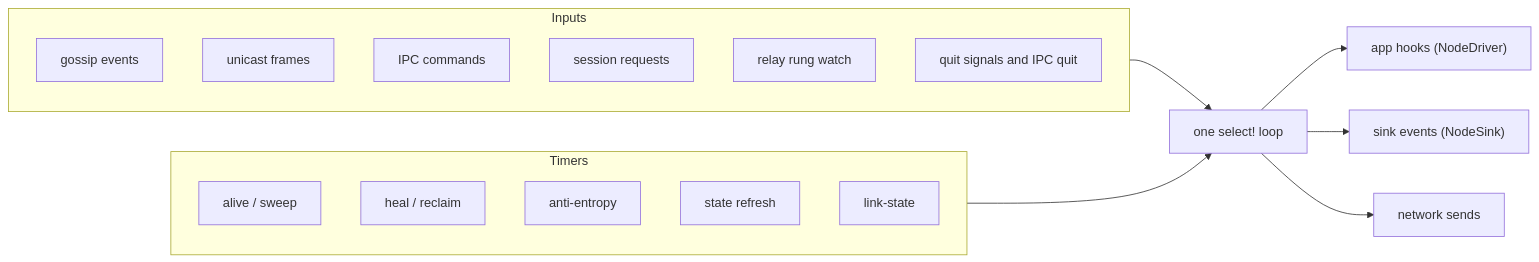
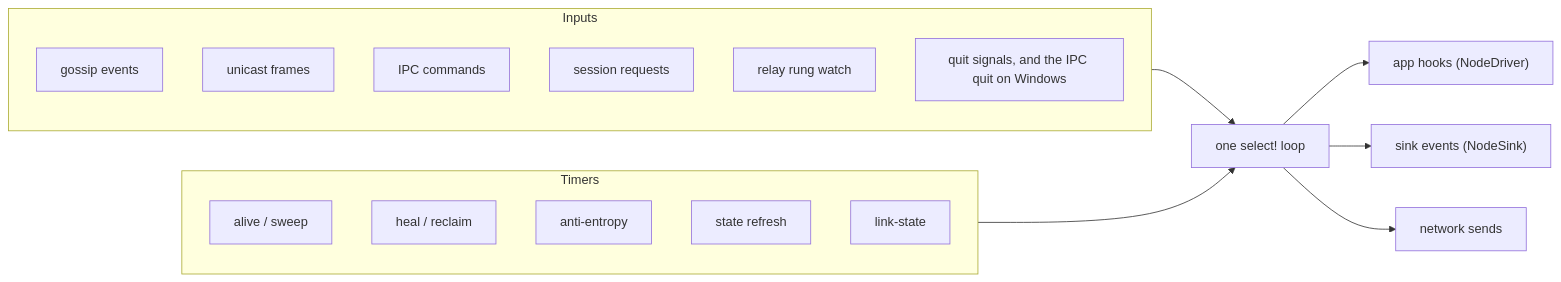
One commit to agent-habilis/habilis-network changed the fifth of 10 diagrams in docs/architecture.md. Above: the diagram before and after it, drawn with Mermaid. The commit also changed other lines of this file and 8 other files, not shown here.

````diff
--- a/docs/architecture.md
+++ b/docs/architecture.md
@@ -342,24 +342,24 @@
 ```mermaid
 flowchart LR
     subgraph Inputs
         G["gossip events"]
         U["unicast frames"]
         I["IPC commands"]
         S["session requests"]
         W["relay rung watch"]
-        Q["quit signals and IPC quit"]
+        Q["quit signals, and the IPC quit on Windows"]
     end
     subgraph Timers
         T1["alive / sweep"]
         T2["heal / reclaim"]
         T3["anti-entropy"]
         T4["state refresh"]
         T5["link-state"]
     end
     L["one select! loop"]
     Inputs --> L
     Timers --> L
     L --> H["app hooks (NodeDriver)"]
     L --> E["sink events (NodeSink)"]
     L --> N["network sends"]
 ```
````
